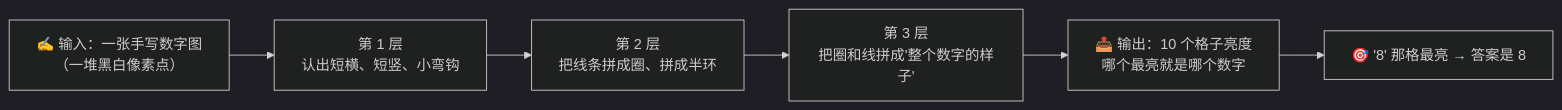
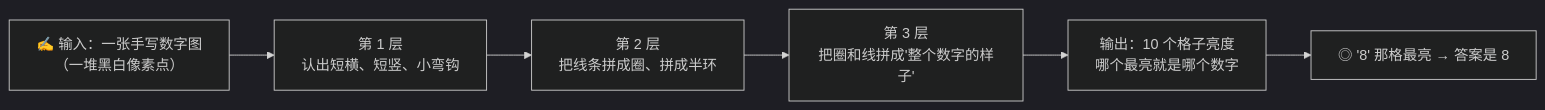
The seventh of 8 diagrams in docs/02_CONCEPTS_概念入门/CONCEPT/[CONCEPT-13] 什么是深度学习-DeepLearning.md (luckykhy/KhyAiHub), drawn with Mermaid (dark theme) before and after one commit. The commit also changed other lines of this file and 19 other files, not shown here.

````diff
--- a/docs/02_CONCEPTS_概念入门/CONCEPT/[CONCEPT-13] 什么是深度学习-DeepLearning.md
+++ b/docs/02_CONCEPTS_概念入门/CONCEPT/[CONCEPT-13] 什么是深度学习-DeepLearning.md
@@ -257,8 +257,8 @@
 ```mermaid
 flowchart LR
-  IMG["✍️ 输入：一张手写数字图<br/>（一堆黑白像素点）"] --> H1["第 1 层<br/>认出短横、短竖、小弯钩"]
+  IMG["✍ 输入：一张手写数字图<br/>（一堆黑白像素点）"] --> H1["第 1 层<br/>认出短横、短竖、小弯钩"]
   H1 --> H2["第 2 层<br/>把线条拼成圈、拼成半环"]
   H2 --> H3["第 3 层<br/>把圈和线拼成'整个数字的样子'"]
-  H3 --> O["📤 输出：10 个格子亮度<br/>哪个最亮就是哪个数字"]
-  O --> R["🎯 '8' 那格最亮 → 答案是 8"]
+  H3 --> O["输出：10 个格子亮度<br/>哪个最亮就是哪个数字"]
+  O --> R["◎ '8' 那格最亮 → 答案是 8"]
 ```
````
